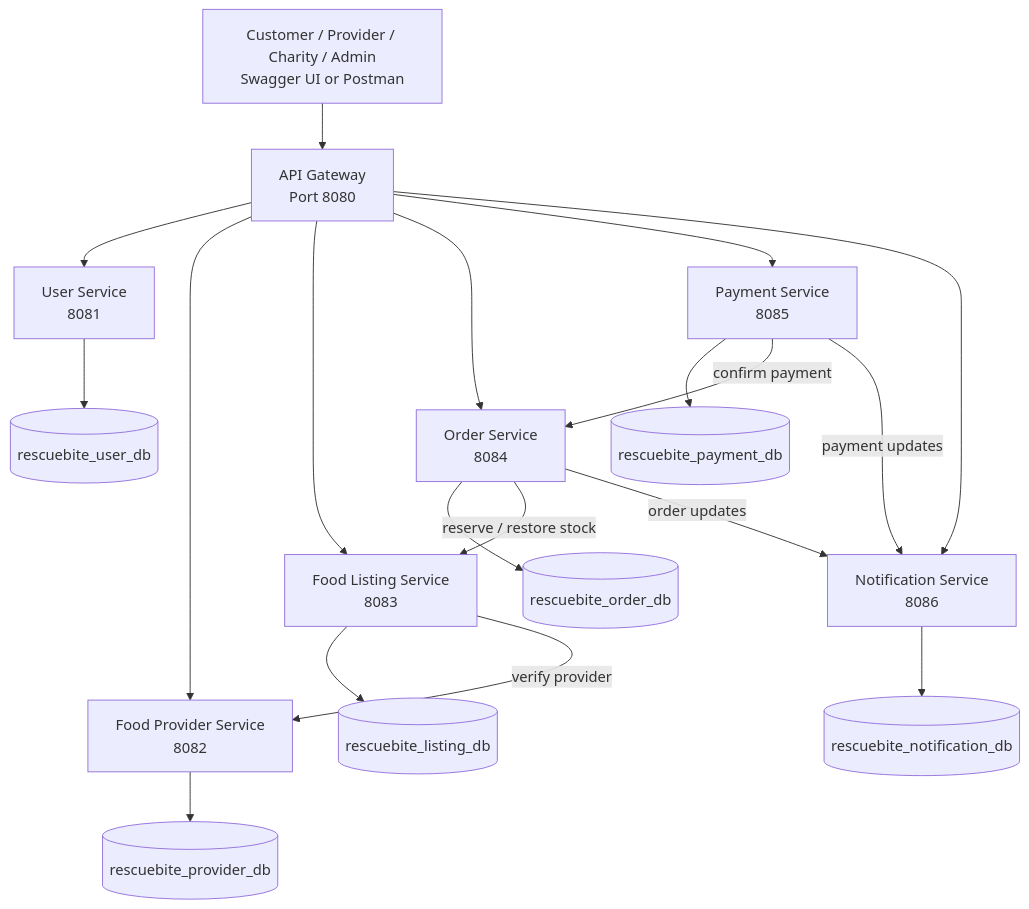
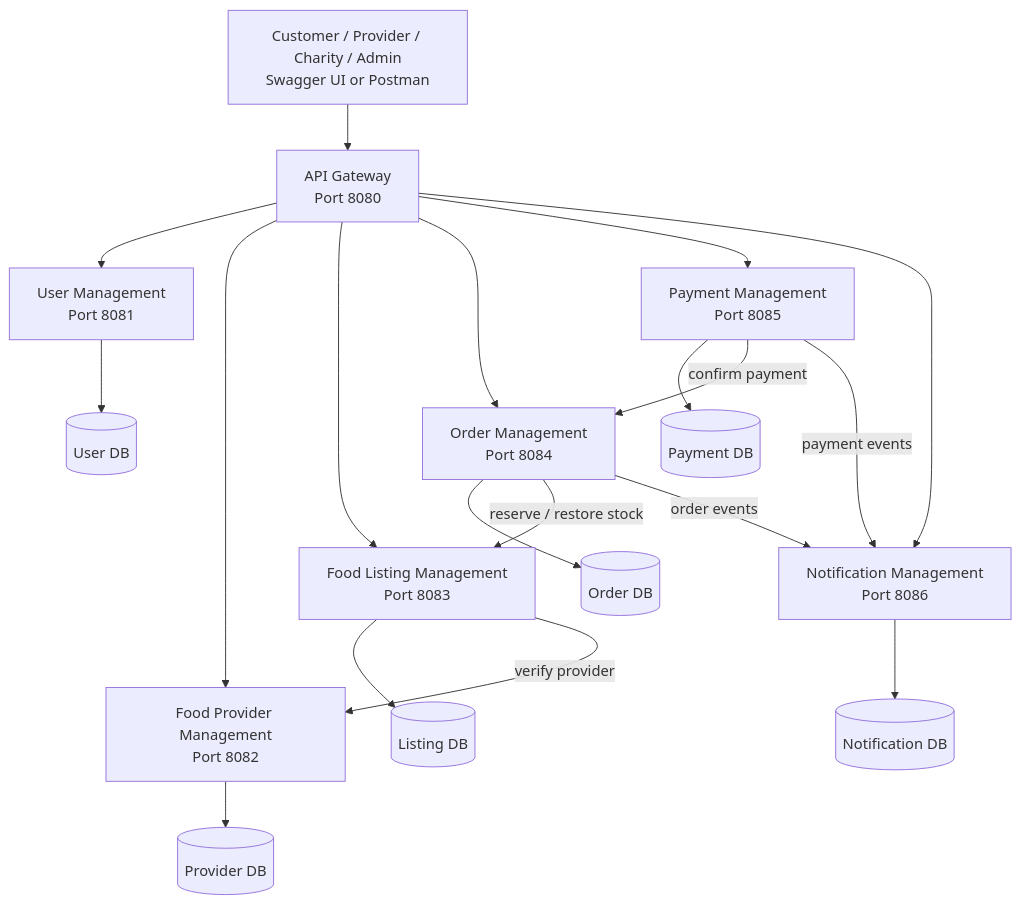
Before and after one commit to FathimaProjects/Microservice---Smart-Food-Waste-Management-Redistribution-Platform: the diagram in README.md, drawn with Mermaid. The commit also changed other lines of this file, not shown here.

````diff
--- a/README.md
+++ b/README.md
@@ -77,23 +28,24 @@
 ```mermaid
 flowchart TB
     Client[Customer / Provider / Charity / Admin\nSwagger UI or Postman] --> Gateway[API Gateway\nPort 8080]
-    Gateway --> User[User Service\n8081]
-    Gateway --> Provider[Food Provider Service\n8082]
-    Gateway --> Listing[Food Listing Service\n8083]
-    Gateway --> Order[Order Service\n8084]
-    Gateway --> Payment[Payment Service\n8085]
-    Gateway --> Notify[Notification Service\n8086]
 
-    User --> UDB[(rescuebite_user_db)]
-    Provider --> PDB[(rescuebite_provider_db)]
-    Listing --> LDB[(rescuebite_listing_db)]
-    Order --> ODB[(rescuebite_order_db)]
-    Payment --> PayDB[(rescuebite_payment_db)]
-    Notify --> NDB[(rescuebite_notification_db)]
+    Gateway --> User[User Management\nPort 8081]
+    Gateway --> Provider[Food Provider Management\nPort 8082]
+    Gateway --> Listing[Food Listing Management\nPort 8083]
+    Gateway --> Order[Order Management\nPort 8084]
+    Gateway --> Payment[Payment Management\nPort 8085]
+    Gateway --> Notification[Notification Management\nPort 8086]
+
+    User --> UDB[(User DB)]
+    Provider --> PDB[(Provider DB)]
+    Listing --> LDB[(Listing DB)]
+    Order --> ODB[(Order DB)]
+    Payment --> PayDB[(Payment DB)]
+    Notification --> NDB[(Notification DB)]
 
     Listing -->|verify provider| Provider
     Order -->|reserve / restore stock| Listing
-    Order -->|order updates| Notify
+    Order -->|order events| Notification
     Payment -->|confirm payment| Order
-    Payment -->|payment updates| Notify
+    Payment -->|payment events| Notification
 ```
````
